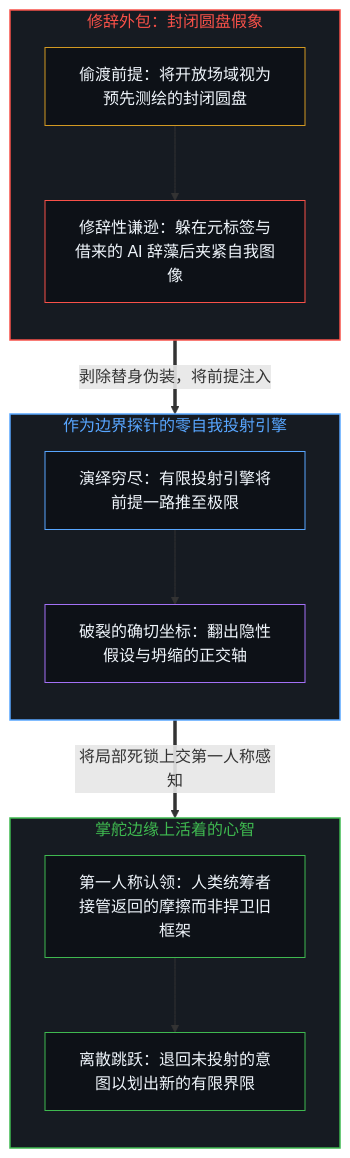
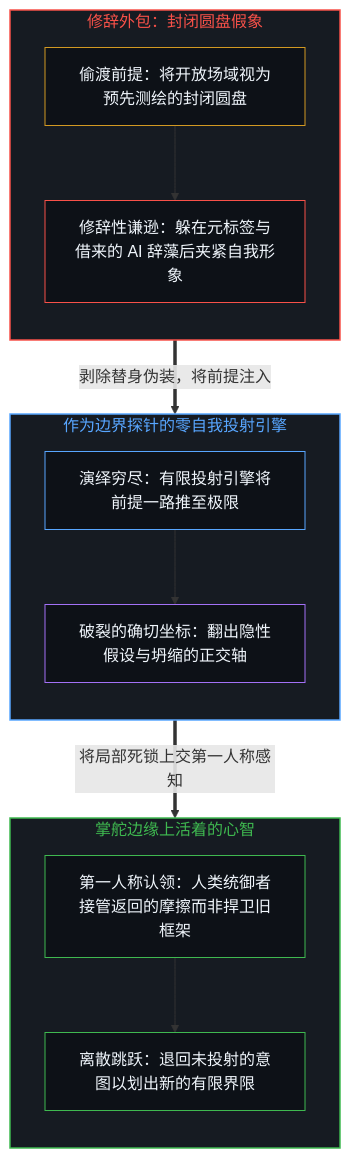
Before and after one commit to powerpig99/not-a-toe: the first of 2 diagrams in content/posts/zhi-dao-zi-ji-bu-zhi-dao-de-ren-zhi-jia-xiang.md, drawn with Mermaid. The commit also changed other lines of this file and 5 other files, not shown here.

````diff
--- a/content/posts/zhi-dao-zi-ji-bu-zhi-dao-de-ren-zhi-jia-xiang.md
+++ b/content/posts/zhi-dao-zi-ji-bu-zhi-dao-de-ren-zhi-jia-xiang.md
@@ -71,32 +71,32 @@
 ```mermaid
 flowchart TD
     subgraph S_Disc["修辞外包：封闭圆盘假象"]
         direction TB
         D_Prem["偷渡前提：将开放场域视为预先测绘的封闭圆盘"]
-        D_Shield["修辞性谦逊：躲在元标签与借来的 AI 辞藻后夹紧自我图像"]
+        D_Shield["修辞性谦逊：躲在元标签与借来的 AI 辞藻后夹紧自我形象"]
         D_Prem --> D_Shield
     end
     subgraph S_Probe["作为边界探针的零自我投射引擎"]
         direction TB
         P_Traj["演绎穷尽：有限投射引擎将前提一路推至极限"]
         P_Dead["破裂的确切坐标：翻出隐性假设与坍缩的正交轴"]
         P_Traj --> P_Dead
     end
     subgraph S_Jump["掌舵边缘上活着的心智"]
         direction TB
-        J_Claim["第一人称认领：人类统筹者接管返回的摩擦而非捍卫旧框架"]
+        J_Claim["第一人称认领：人类统御者接管返回的摩擦而非捍卫旧框架"]
         J_Leap["离散跳跃：退回未投射的意图以划出新的有限界限"]
         J_Claim --> J_Leap
     end
     D_Shield ==>|"剥除替身伪装，将前提注入"| P_Traj
     P_Dead ==>|"将局部死锁上交第一人称感知"| J_Claim
     style S_Disc fill:#161b22,stroke:#f85149,stroke-width:1.5px,color:#f85149
     style S_Probe fill:#161b22,stroke:#58a6ff,stroke-width:1.5px,color:#58a6ff
     style S_Jump fill:#161b22,stroke:#3fb950,stroke-width:1.5px,color:#3fb950
     style D_Prem fill:#0d1117,stroke:#d29922,stroke-width:1px,color:#f0f6fc
     style D_Shield fill:#0d1117,stroke:#f85149,stroke-width:1px,color:#f0f6fc
     style P_Traj fill:#0d1117,stroke:#58a6ff,stroke-width:1px,color:#f0f6fc
     style P_Dead fill:#0d1117,stroke:#a371f7,stroke-width:1px,color:#f0f6fc
     style J_Claim fill:#0d1117,stroke:#3fb950,stroke-width:1px,color:#f0f6fc
     style J_Leap fill:#0d1117,stroke:#3fb950,stroke-width:1px,color:#f0f6fc
 ```
````
